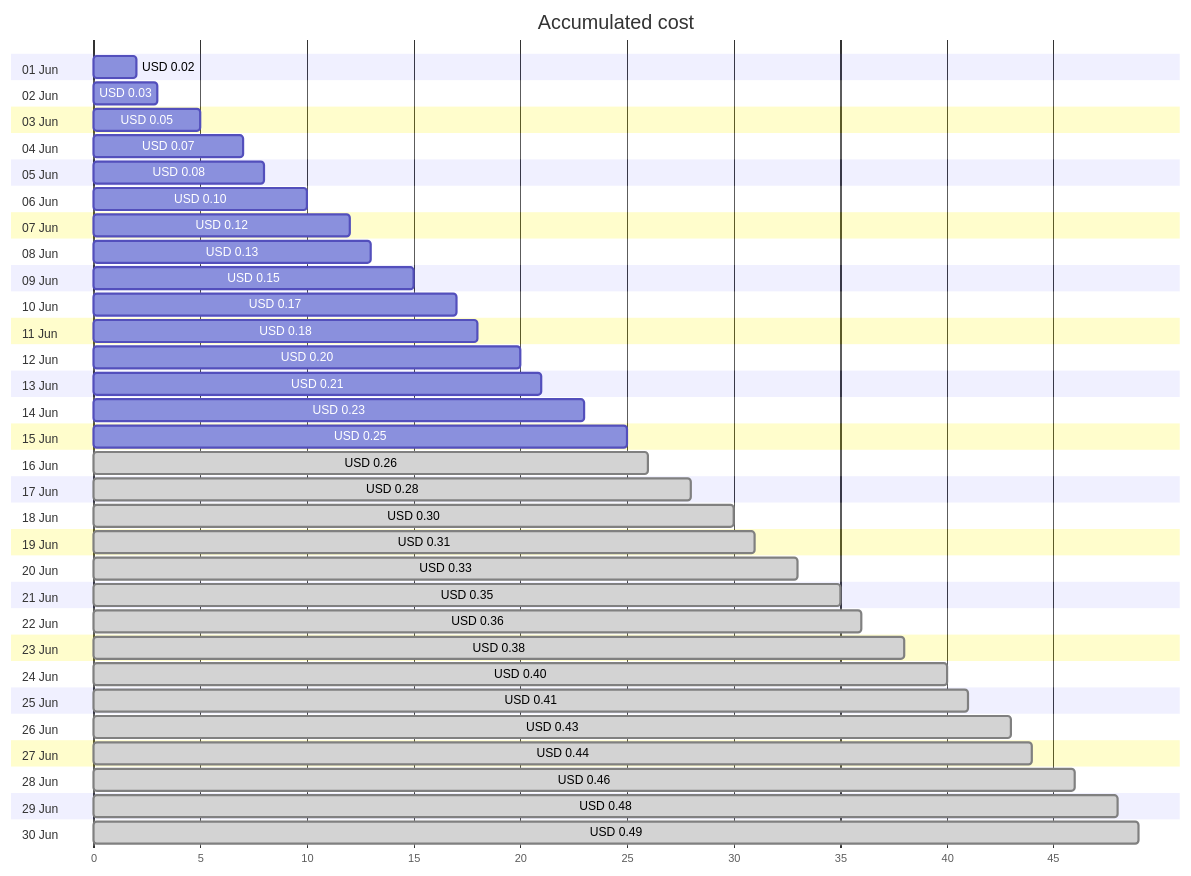
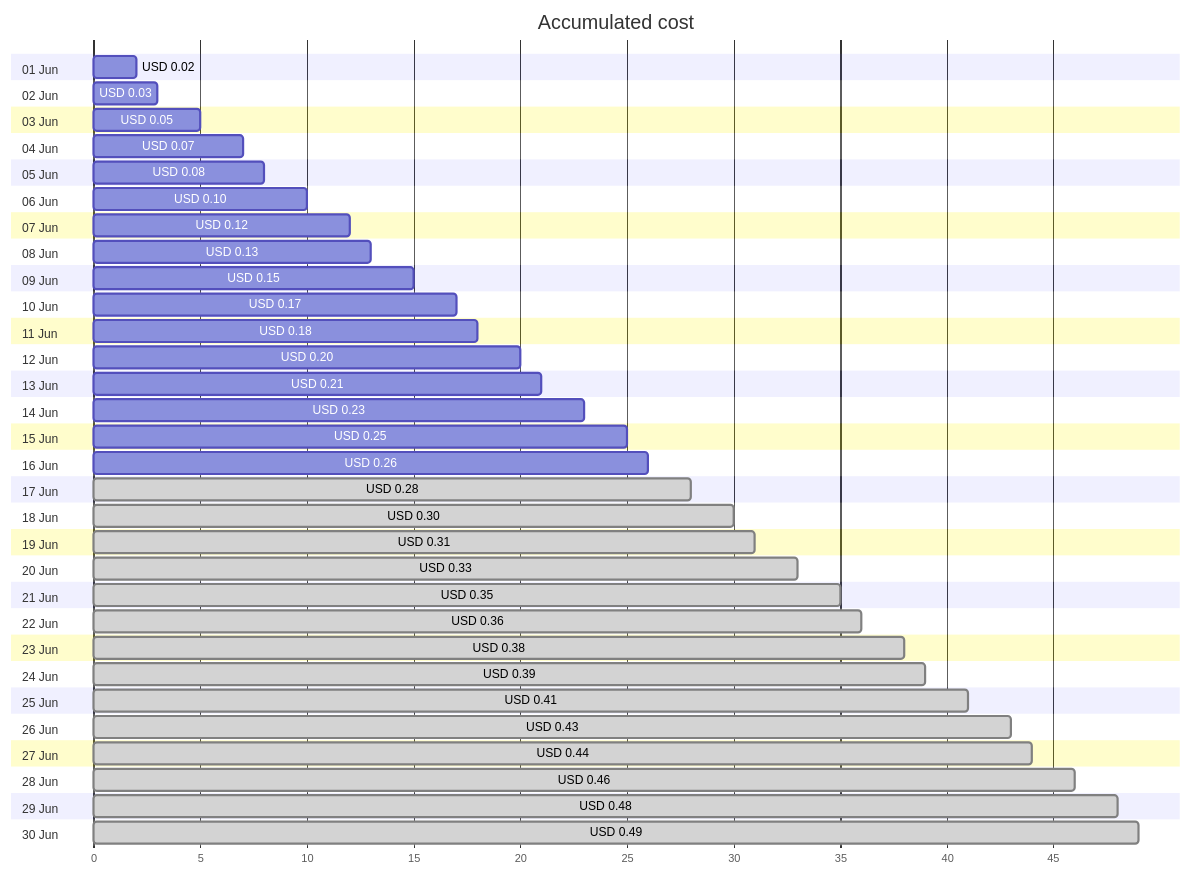
The first of 4 diagrams in cost-reports/personal-dns/jpatrickfulton.dev.md (jpfulton/azure-personal-reports), drawn with Mermaid before and after one commit. The commit also changed other lines of this file and 2 other files, not shown here.

````diff
--- a/cost-reports/personal-dns/jpatrickfulton.dev.md
+++ b/cost-reports/personal-dns/jpatrickfulton.dev.md
@@ -20,66 +20,66 @@
 ```mermaid
 gantt
    title Accumulated cost
    dateFormat  X
    axisFormat %s
    section 01 Jun
    USD 0.02 :0, 2
    section 02 Jun
    USD 0.03 :0, 3
    section 03 Jun
    USD 0.05 :0, 5
    section 04 Jun
    USD 0.07 :0, 7
    section 05 Jun
    USD 0.08 :0, 8
    section 06 Jun
    USD 0.10 :0, 10
    section 07 Jun
    USD 0.12 :0, 12
    section 08 Jun
    USD 0.13 :0, 13
    section 09 Jun
    USD 0.15 :0, 15
    section 10 Jun
    USD 0.17 :0, 17
    section 11 Jun
    USD 0.18 :0, 18
    section 12 Jun
    USD 0.20 :0, 20
    section 13 Jun
    USD 0.21 :0, 21
    section 14 Jun
    USD 0.23 :0, 23
    section 15 Jun
    USD 0.25 :0, 25
    section 16 Jun
-   USD 0.26 : done, 0, 26
+   USD 0.26 :0, 26
    section 17 Jun
    USD 0.28 : done, 0, 28
    section 18 Jun
    USD 0.30 : done, 0, 30
    section 19 Jun
    USD 0.31 : done, 0, 31
    section 20 Jun
    USD 0.33 : done, 0, 33
    section 21 Jun
    USD 0.35 : done, 0, 35
    section 22 Jun
    USD 0.36 : done, 0, 36
    section 23 Jun
    USD 0.38 : done, 0, 38
    section 24 Jun
-   USD 0.40 : done, 0, 40
+   USD 0.39 : done, 0, 39
    section 25 Jun
    USD 0.41 : done, 0, 41
    section 26 Jun
    USD 0.43 : done, 0, 43
    section 27 Jun
    USD 0.44 : done, 0, 44
    section 28 Jun
    USD 0.46 : done, 0, 46
    section 29 Jun
    USD 0.48 : done, 0, 48
    section 30 Jun
    USD 0.49 : done, 0, 49
 ```
````
